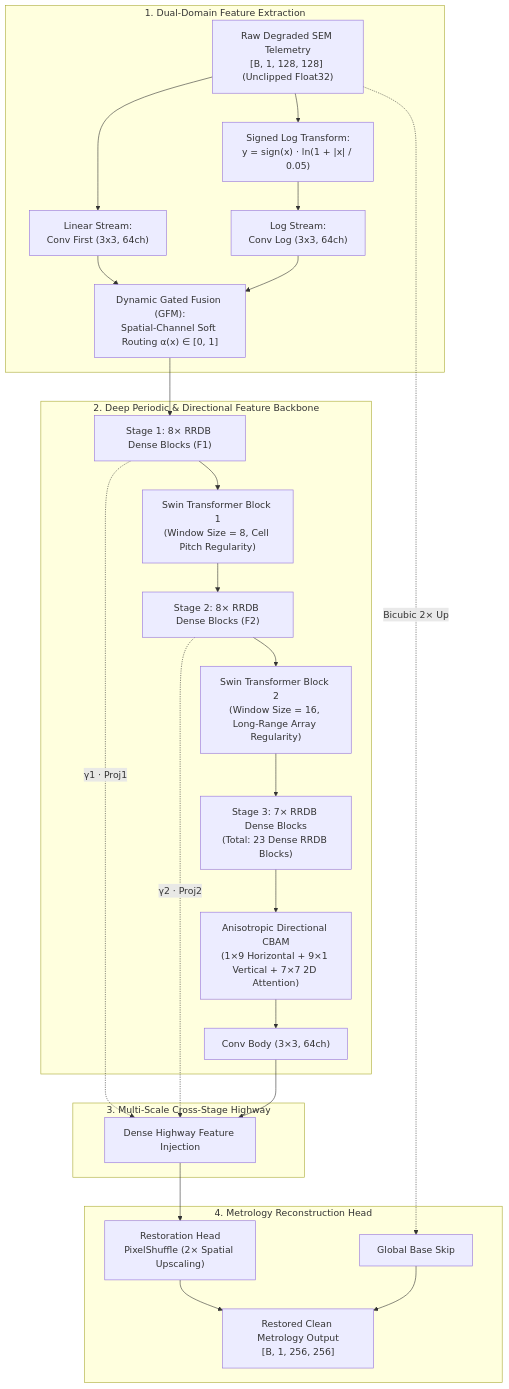
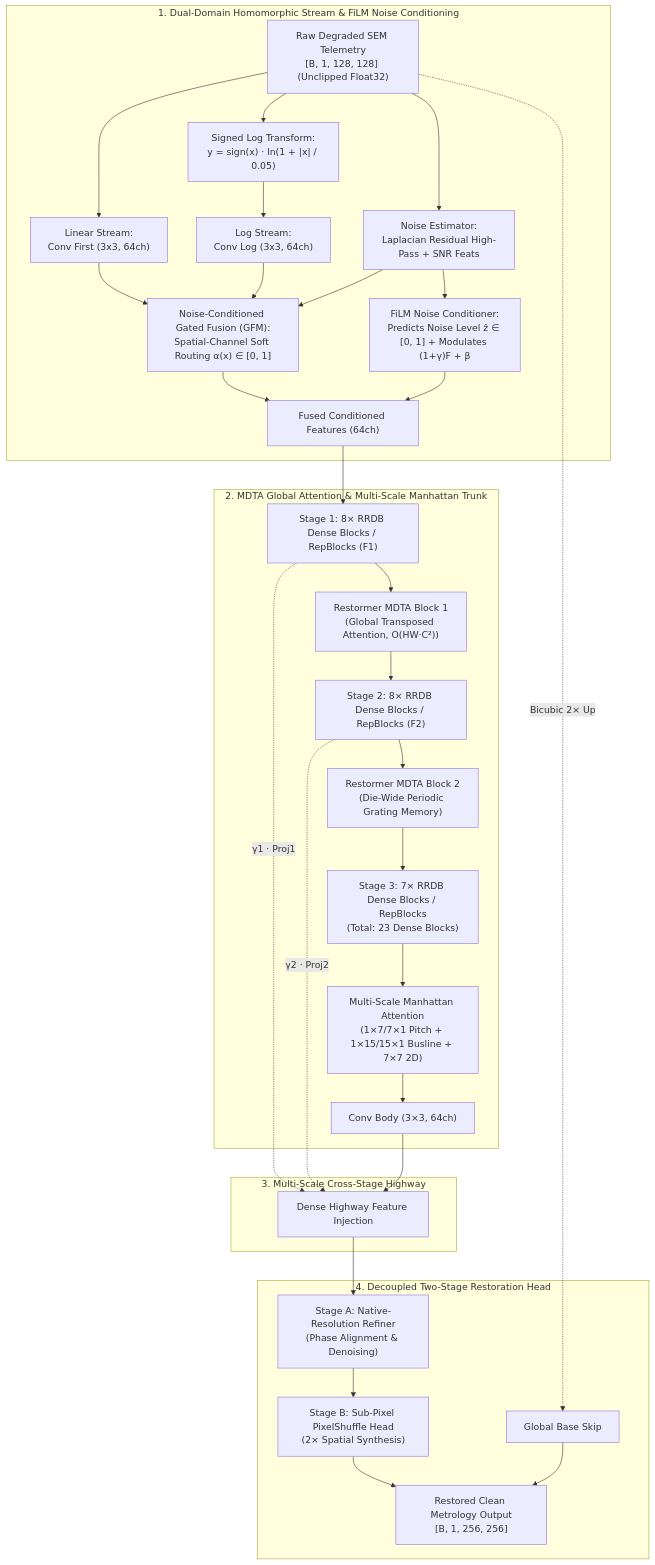
Before and after one commit to DynamiX-Labs/SemiRestoreNet: the diagram in README.md, drawn with Mermaid. The commit also changed other lines of this file and 11 other files, not shown here.

Commit message:
feat(arch): next-gen SemiRestoreNet with MDTA, FiLM noise conditioning, Manhattan attention, and 30-32 dB pipeline

````diff
--- a/README.md
+++ b/README.md
@@ -31,33 +33,37 @@
 ```mermaid
 flowchart TD
     In["Raw Degraded SEM Telemetry<br>[B, 1, 128, 128] (Unclipped Float32)"]
     
-    subgraph DUAL_STREAM ["1. Dual-Domain Feature Extraction"]
+    subgraph DUAL_STREAM ["1. Dual-Domain Homomorphic Stream & FiLM Noise Conditioning"]
         In --> LinStream["Linear Stream:<br>Conv First (3x3, 64ch)"]
         In --> LogTrans["Signed Log Transform:<br>y = sign(x) · ln(1 + |x| / 0.05)"]
+        In --> NoiseEst["Noise Estimator:<br>Laplacian Residual High-Pass + SNR Feats"]
         LogTrans --> LogStream["Log Stream:<br>Conv Log (3x3, 64ch)"]
-        LinStream & LogStream --> GFM["Dynamic Gated Fusion (GFM):<br>Spatial-Channel Soft Routing α(x) ∈ [0, 1]"]
+        LinStream & LogStream & NoiseEst --> GFM["Noise-Conditioned Gated Fusion (GFM):<br>Spatial-Channel Soft Routing α(x) ∈ [0, 1]"]
+        NoiseEst --> FiLM["FiLM Noise Conditioner:<br>Predicts Noise Level ẑ ∈ [0, 1] + Modulates (1+γ)F + β"]
+        GFM & FiLM --> FusedFeat["Fused Conditioned Features (64ch)"]
     end
 
-    subgraph DEEP_TRUNK ["2. Deep Periodic & Directional Feature Backbone"]
-        GFM --> Stage1["Stage 1: 8× RRDB Dense Blocks (F1)"]
-        Stage1 --> Swin1["Swin Transformer Block 1<br>(Window Size = 8, Cell Pitch Regularity)"]
-        Swin1 --> Stage2["Stage 2: 8× RRDB Dense Blocks (F2)"]
-        Stage2 --> Swin2["Swin Transformer Block 2<br>(Window Size = 16, Long-Range Array Regularity)"]
-        Swin2 --> Stage3["Stage 3: 7× RRDB Dense Blocks<br>(Total: 23 Dense RRDB Blocks)"]
-        Stage3 --> CBAM["Anisotropic Directional CBAM<br>(1×9 Horizontal + 9×1 Vertical + 7×7 2D Attention)"]
-        CBAM --> ConvBody["Conv Body (3×3, 64ch)"]
+    subgraph DEEP_TRUNK ["2. MDTA Global Attention & Multi-Scale Manhattan Trunk"]
+        FusedFeat --> Stage1["Stage 1: 8× RRDB Dense Blocks / RepBlocks (F1)"]
+        Stage1 --> MDTA1["Restormer MDTA Block 1<br>(Global Transposed Attention, O(HW·C²))"]
+        MDTA1 --> Stage2["Stage 2: 8× RRDB Dense Blocks / RepBlocks (F2)"]
+        Stage2 --> MDTA2["Restormer MDTA Block 2<br>(Die-Wide Periodic Grating Memory)"]
+        MDTA2 --> Stage3["Stage 3: 7× RRDB Dense Blocks / RepBlocks<br>(Total: 23 Dense Blocks)"]
+        Stage3 --> ManhattanCBAM["Multi-Scale Manhattan Attention<br>(1×7/7×1 Pitch + 1×15/15×1 Busline + 7×7 2D)"]
+        ManhattanCBAM --> ConvBody["Conv Body (3×3, 64ch)"]
     end
 
     subgraph HIGHWAY ["3. Multi-Scale Cross-Stage Highway"]
         Stage1 -.->|γ1 · Proj1| HighwayFuse["Dense Highway Feature Injection"]
         Stage2 -.->|γ2 · Proj2| HighwayFuse
         ConvBody --> HighwayFuse
     end
 
-    subgraph RESTORATION_HEAD ["4. Metrology Reconstruction Head"]
-        HighwayFuse --> Head["Restoration Head<br>PixelShuffle (2× Spatial Upscaling)"]
+    subgraph RESTORATION_HEAD ["4. Decoupled Two-Stage Restoration Head"]
+        HighwayFuse --> NativeRefiner["Stage A: Native-Resolution Refiner<br>(Phase Alignment & Denoising)"]
+        NativeRefiner --> SRHead["Stage B: Sub-Pixel PixelShuffle Head<br>(2× Spatial Synthesis)"]
         In -.->|Bicubic 2× Up| BaseResidual["Global Base Skip"]
-        Head & BaseResidual --> Out["Restored Clean Metrology Output<br>[B, 1, 256, 256]"]
+        SRHead & BaseResidual --> Out["Restored Clean Metrology Output<br>[B, 1, 256, 256]"]
     end
 ```
````
